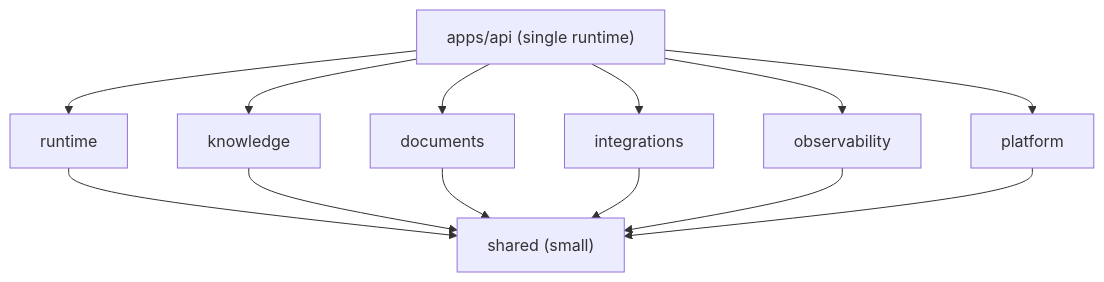
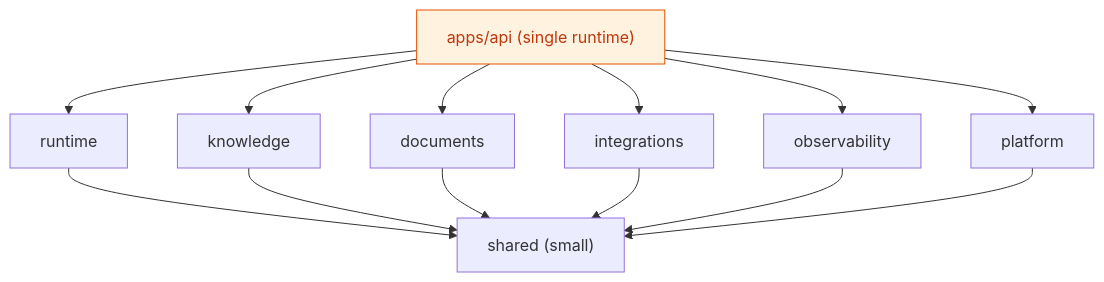
Before and after one commit to Guebbit/AI-coding-assistant: the diagram in docs/theory/capability-modular-monolith.md, drawn with Mermaid. The commit also changed 54 other files, not shown here.

First line of the commit message:
docs: add mermaid diagrams to quickstart & ollama-notes, color-code all flowcharts

````diff
--- a/docs/theory/capability-modular-monolith.md
+++ b/docs/theory/capability-modular-monolith.md
@@ -9,16 +9,17 @@
 ```mermaid
 flowchart TD
     API["apps/api (single runtime)"]
     API --> Runtime["runtime"]
     API --> Knowledge["knowledge"]
     API --> Documents["documents"]
     API --> Integrations["integrations"]
     API --> Observability["observability"]
     API --> Platform["platform"]
     Runtime --> Shared["shared (small)"]
     Knowledge --> Shared
     Documents --> Shared
     Integrations --> Shared
     Observability --> Shared
     Platform --> Shared
+    style API fill:#fff3e0,stroke:#e65100,color:#bf360c
 ```
````
